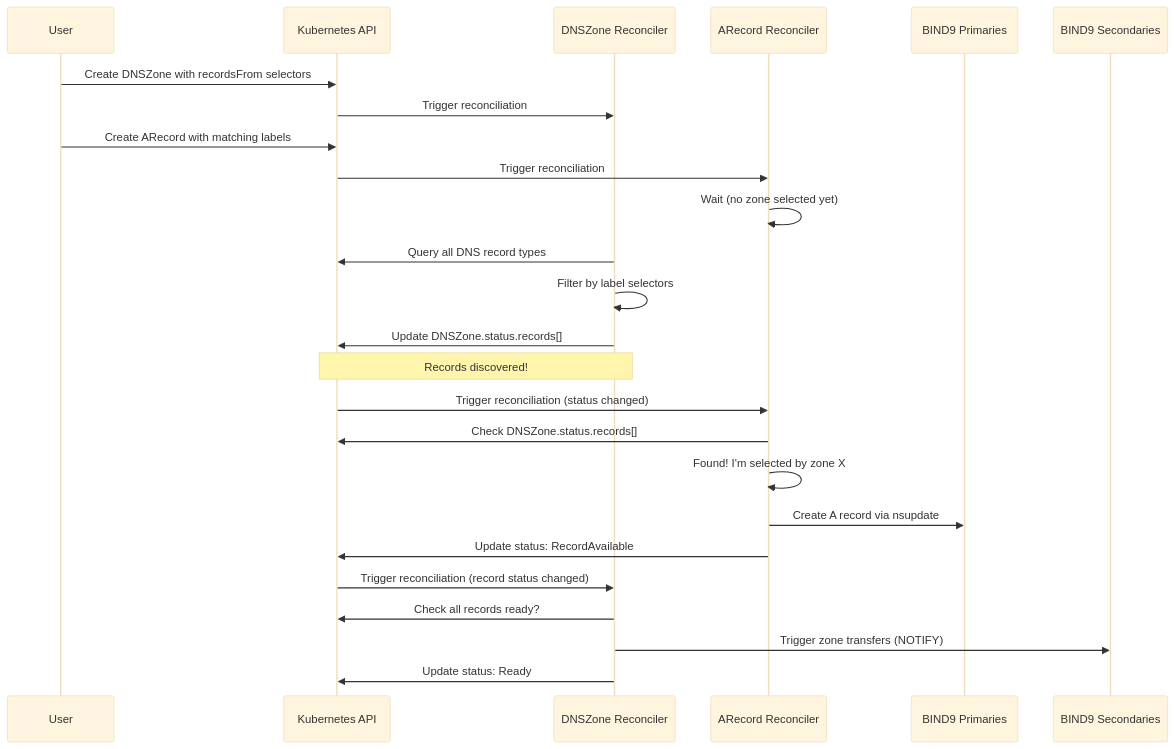
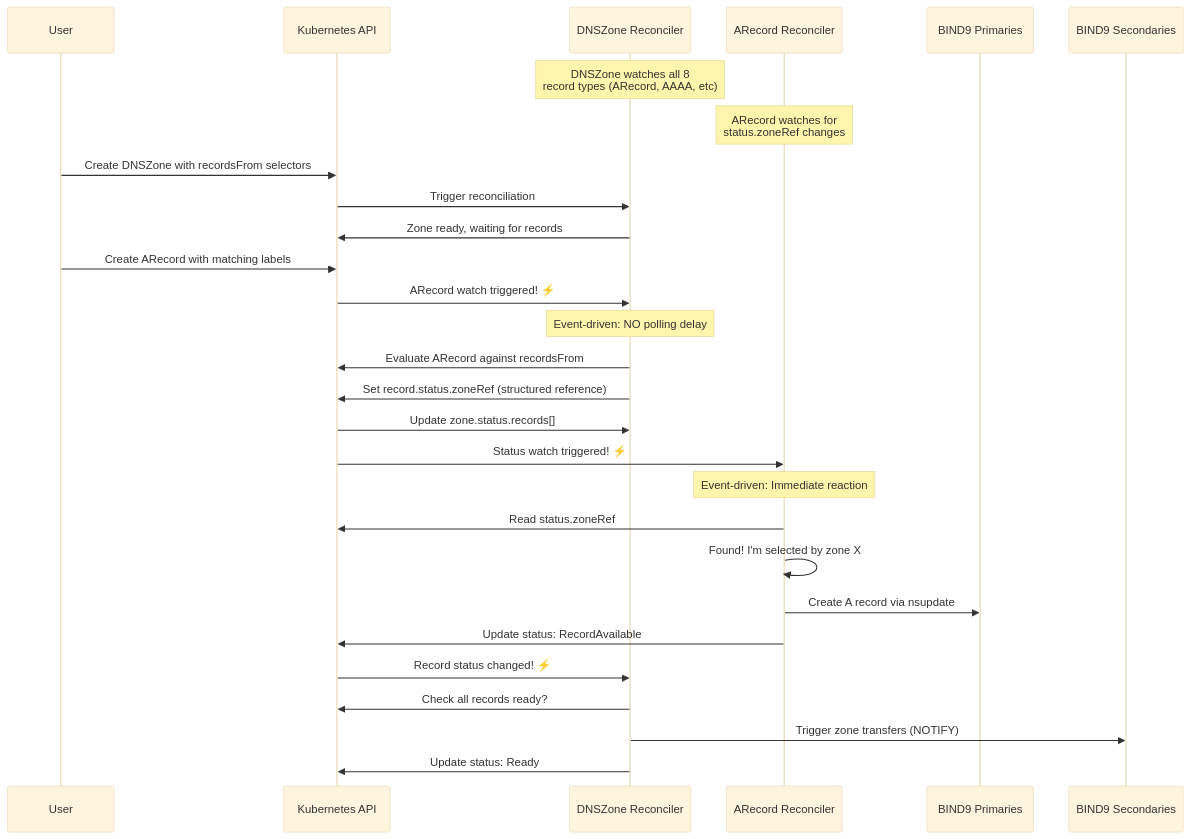
The first of 6 diagrams in docs/src/architecture/label-selector-reconciliation.md (firestoned/bindy), drawn with Mermaid (base theme) before and after one commit. The commit also changed other lines of this file and 125 other files, not shown here.

Commit message:
Fix the zonesFrom to be more event-driven based on watches not polling. (#72)

````diff
--- a/docs/src/architecture/label-selector-reconciliation.md
+++ b/docs/src/architecture/label-selector-reconciliation.md
@@ -27,32 +29,37 @@
 ```mermaid
 sequenceDiagram
     participant User
     participant K8s as Kubernetes API
     participant DZ as DNSZone Reconciler
     participant AR as ARecord Reconciler
     participant BIND9 as BIND9 Primaries
     participant SEC as BIND9 Secondaries
 
+    Note over DZ: DNSZone watches all 8<br/>record types (ARecord, AAAA, etc)
+    Note over AR: ARecord watches for<br/>status.zoneRef changes
+
     User->>K8s: Create DNSZone with recordsFrom selectors
     K8s->>DZ: Trigger reconciliation
+    DZ->>K8s: Zone ready, waiting for records
 
     User->>K8s: Create ARecord with matching labels
-    K8s->>AR: Trigger reconciliation
-    AR->>AR: Wait (no zone selected yet)
+    K8s->>DZ: ARecord watch triggered! ⚡
+    Note over DZ: Event-driven: NO polling delay
 
-    DZ->>K8s: Query all DNS record types
-    DZ->>DZ: Filter by label selectors
-    DZ->>K8s: Update DNSZone.status.records[]
-    Note over DZ,K8s: Records discovered!
+    DZ->>K8s: Evaluate ARecord against recordsFrom
+    DZ->>K8s: Set record.status.zoneRef (structured reference)
+    K8s->>DZ: Update zone.status.records[]
 
-    K8s->>AR: Trigger reconciliation (status changed)
-    AR->>K8s: Check DNSZone.status.records[]
+    K8s->>AR: Status watch triggered! ⚡
+    Note over AR: Event-driven: Immediate reaction
+
+    AR->>K8s: Read status.zoneRef
     AR->>AR: Found! I'm selected by zone X
     AR->>BIND9: Create A record via nsupdate
     AR->>K8s: Update status: RecordAvailable
 
-    K8s->>DZ: Trigger reconciliation (record status changed)
+    K8s->>DZ: Record status changed! ⚡
     DZ->>K8s: Check all records ready?
     DZ->>SEC: Trigger zone transfers (NOTIFY)
     DZ->>K8s: Update status: Ready
 ```
````
